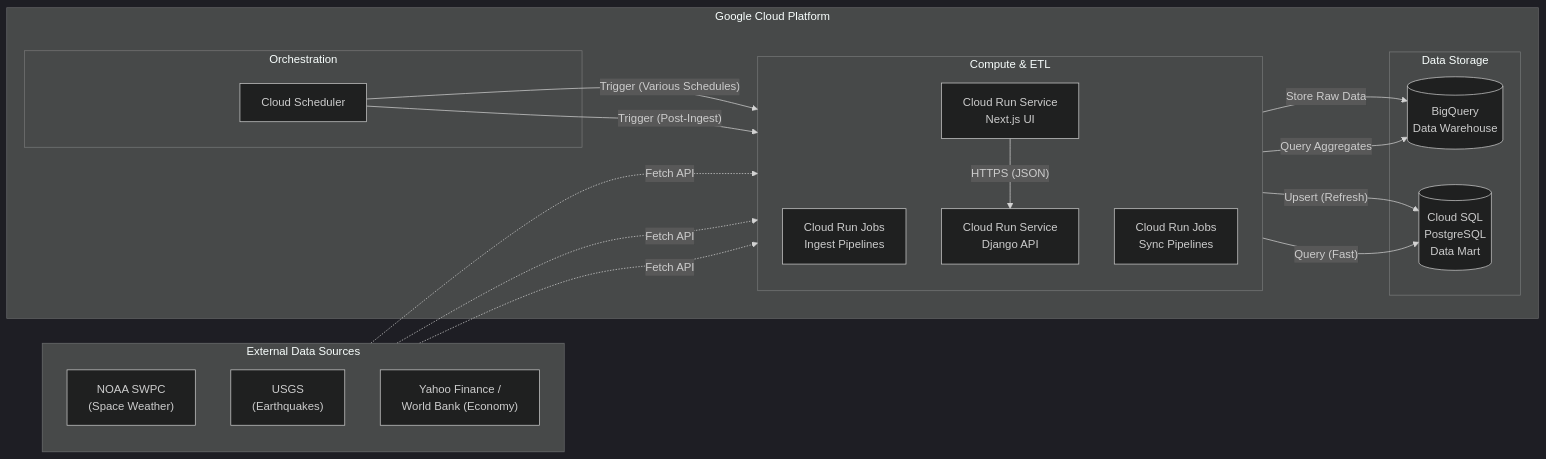
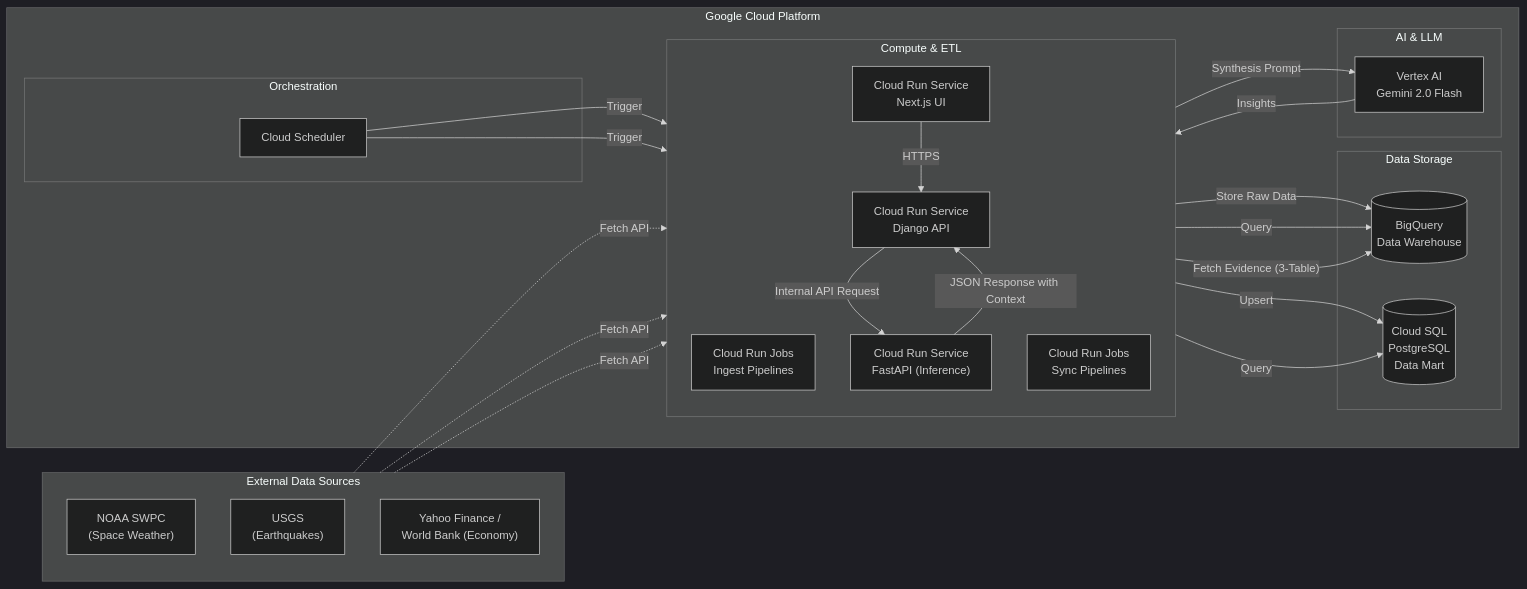
One commit to celestial-biome/celestial_biome changed the first of 2 diagrams in README.md. Above: the diagram before and after it, drawn with Mermaid (dark theme). The commit also changed other lines of this file, not shown here.

````diff
--- a/README.md
+++ b/README.md
@@ -213,42 +233,54 @@
 ```mermaid
 graph LR
     subgraph External[External Data Sources]
         direction TB
         NOAA["NOAA SWPC<br>(Space Weather)"]
         USGS["USGS<br>(Earthquakes)"]
         Econ["Yahoo Finance /<br>World Bank (Economy)"]
     end
 
     subgraph GCP[Google Cloud Platform]
         subgraph Orchestration
             Scheduler[Cloud Scheduler]
         end
 
         subgraph Compute[Compute & ETL]
             direction TB
             Ingest_Jobs["Cloud Run Jobs<br>Ingest Pipelines"]
             Sync_Jobs["Cloud Run Jobs<br>Sync Pipelines"]
             Backend["Cloud Run Service<br>Django API"]
             Frontend["Cloud Run Service<br>Next.js UI"]
+            Inference["Cloud Run Service<br>FastAPI (Inference)"]
         end
 
         subgraph Storage[Data Storage]
             BQ[("BigQuery<br>Data Warehouse")]
             SQL[("Cloud SQL<br>PostgreSQL<br>Data Mart")]
         end
+
+        subgraph AI[AI & LLM]
+            Gemini["Vertex AI<br>Gemini 2.0 Flash"]
+        end
     end
 
     %% Scheduling
-    Scheduler -- "Trigger (Various Schedules)" --> Ingest_Jobs
-    Scheduler -- "Trigger (Post-Ingest)" --> Sync_Jobs
+    Scheduler -- "Trigger" --> Ingest_Jobs
+    Scheduler -- "Trigger" --> Sync_Jobs
 
     %% Data Flow (ETL)
     NOAA & USGS & Econ -. "Fetch API" .-> Ingest_Jobs
     Ingest_Jobs -- "Store Raw Data" --> BQ
-    Sync_Jobs -- "Query Aggregates" --> BQ
-    Sync_Jobs -- "Upsert (Refresh)" --> SQL
+    Sync_Jobs -- "Query" --> BQ
+    Sync_Jobs -- "Upsert" --> SQL
 
-    %% Application Flow
-    Frontend -- "HTTPS (JSON)" --> Backend
-    Backend -- "Query (Fast)" --> SQL
+    %% Application Flow (Standard)
+    Frontend -- "HTTPS" --> Backend
+    Backend -- "Query" --> SQL
+
+    %% Inference Flow (Core Insight)
+    Backend -- "Internal API Request" --> Inference
+    Inference -- "Fetch Evidence (3-Table)" --> BQ
+    Inference -- "Synthesis Prompt" --> Gemini
+    Gemini -- "Insights" --> Inference
+    Inference -- "JSON Response with Context" --> Backend
 ```
````
